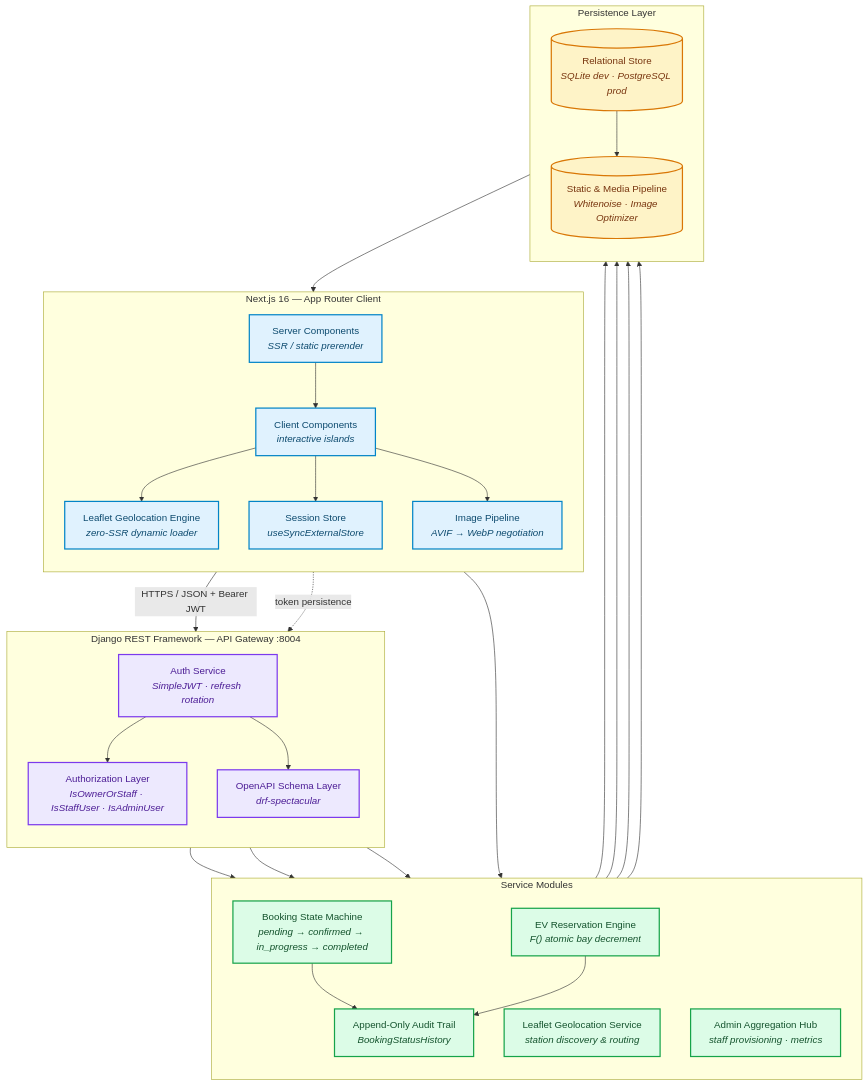
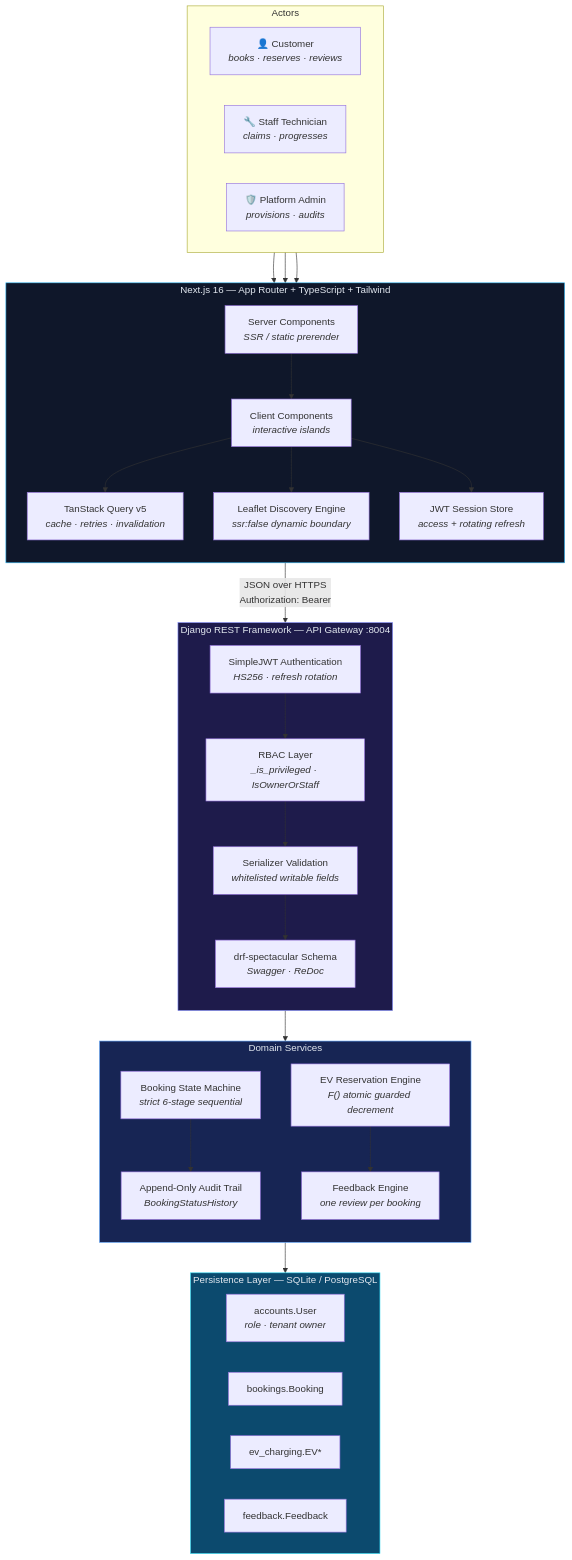
The diagram in README.md (Aby020/ServiGo), drawn with Mermaid before and after one commit. The commit also changed other lines of this file and 1 other file, not shown here.

Commit message:
docs(readme): publish production showcase documentation and system architecture specification

````diff
--- a/README.md
+++ b/README.md
@@ -47,64 +62,62 @@
 ```mermaid
 graph TB
-    subgraph Client["Next.js 16 — App Router Client"]
+    subgraph Actors["Actors"]
+        direction LR
+        CU["👤 Customer<br/><i>books · reserves · reviews</i>"]
+        ST["🔧 Staff Technician<br/><i>claims · progresses</i>"]
+        AD["🛡️ Platform Admin<br/><i>provisions · audits</i>"]
+    end
+
+    subgraph FE["Next.js 16 — App Router + TypeScript + Tailwind"]
         direction TB
         RSC["Server Components<br/><i>SSR / static prerender</i>"]
         CC["Client Components<br/><i>interactive islands</i>"]
-        TL["Leaflet Geolocation Engine<br/><i>zero-SSR dynamic loader</i>"]
-        SS["Session Store<br/><i>useSyncExternalStore</i>"]
-        IMG["Image Pipeline<br/><i>AVIF → WebP negotiation</i>"]
+        Q["TanStack Query v5<br/><i>cache · retries · invalidation</i>"]
+        TL["Leaflet Discovery Engine<br/><i>ssr:false dynamic boundary</i>"]
+        JW["JWT Session Store<br/><i>access + rotating refresh</i>"]
         RSC --> CC
+        CC --> Q
         CC --> TL
-        CC --> SS
-        CC --> IMG
+        CC --> JW
     end
 
-    subgraph Gateway["Django REST Framework — API Gateway :8004"]
+    subgraph API["Django REST Framework — API Gateway :8004"]
         direction TB
-        AUTH["Auth Service<br/><i>SimpleJWT · refresh rotation</i>"]
-        PERM["Authorization Layer<br/><i>IsOwnerOrStaff · IsStaffUser · IsAdminUser</i>"]
-        SCHEMA["OpenAPI Schema Layer<br/><i>drf-spectacular</i>"]
-        AUTH --> PERM
+        AUTH["SimpleJWT Authentication<br/><i>HS256 · refresh rotation</i>"]
+        RBAC["RBAC Layer<br/><i>_is_privileged · IsOwnerOrStaff</i>"]
+        SCH["drf-spectacular Schema<br/><i>Swagger · ReDoc</i>"]
+        SER["Serializer Validation<br/><i>whitelisted writable fields</i>"]
+        AUTH --> RBAC --> SER
+        SER --> SCH
     end
 
-    subgraph Services["Service Modules"]
+    subgraph Domain["Domain Services"]
         direction TB
-        BOOK["Booking State Machine<br/><i>pending → confirmed → in_progress → completed</i>"]
-        EV["EV Reservation Engine<br/><i>F() atomic bay decrement</i>"]
-        GEO["Leaflet Geolocation Service<br/><i>station discovery & routing</i>"]
-        ADMIN["Admin Aggregation Hub<br/><i>staff provisioning · metrics</i>"]
-        AUDIT["Append-Only Audit Trail<br/><i>BookingStatusHistory</i>"]
+        FSM["Booking State Machine<br/><i>strict 6-stage sequential</i>"]
+        EVR["EV Reservation Engine<br/><i>F() atomic guarded decrement</i>"]
+        AUD["Append-Only Audit Trail<br/><i>BookingStatusHistory</i>"]
+        FBL["Feedback Engine<br/><i>one review per booking</i>"]
+        FSM --> AUD
+        EVR --> FBL
     end
 
-    subgraph Data["Persistence Layer"]
-        direction TB
-        DB[("Relational Store<br/><i>SQLite dev · PostgreSQL prod</i>")]
-        CACHE[("Static & Media Pipeline<br/><i>Whitenoise · Image Optimizer</i>")]
+    subgraph DB["Persistence Layer — SQLite / PostgreSQL"]
+        direction LR
+        U["accounts.User<br/><i>role · tenant owner</i>"]
+        B["bookings.Booking"]
+        E["ev_charging.EV*"]
+        F["feedback.Feedback"]
     end
 
-    CC -->|"HTTPS / JSON + Bearer JWT"| AUTH
-    SS -.->|"token persistence"| AUTH
-    TL --> GEO
-    PERM --> BOOK
-    PERM --> EV
-    PERM --> ADMIN
-    AUTH --> SCHEMA
-    BOOK --> AUDIT
-    EV --> AUDIT
-    BOOK --> DB
-    EV --> DB
-    GEO --> DB
-    ADMIN --> DB
-    DB --> CACHE
-    CACHE --> IMG
+    CU --> FE
+    ST --> FE
+    AD --> FE
+    FE -- "JSON over HTTPS<br/>Authorization: Bearer" --> API
+    API --> Domain
+    Domain --> DB
 
-    classDef client fill:#e0f2fe,stroke:#0284c7,stroke-width:2px,color:#0c4a6e
-    classDef gateway fill:#ede9fe,stroke:#7c3aed,stroke-width:2px,color:#4c1d95
-    classDef service fill:#dcfce7,stroke:#16a34a,stroke-width:2px,color:#14532d
-    classDef data fill:#fef3c7,stroke:#d97706,stroke-width:2px,color:#78350f
-
-    class RSC,CC,TL,SS,IMG client
-    class AUTH,PERM,SCHEMA gateway
-    class BOOK,EV,GEO,ADMIN,AUDIT service
-    class DB,CACHE data
+    style FE fill:#0f172a,stroke:#38bdf8,color:#e2e8f0
+    style API fill:#1e1b4b,stroke:#818cf8,color:#e2e8f0
+    style Domain fill:#172554,stroke:#60a5fa,color:#e2e8f0
+    style DB fill:#0c4a6e,stroke:#22d3ee,color:#e2e8f0
 ```
````
